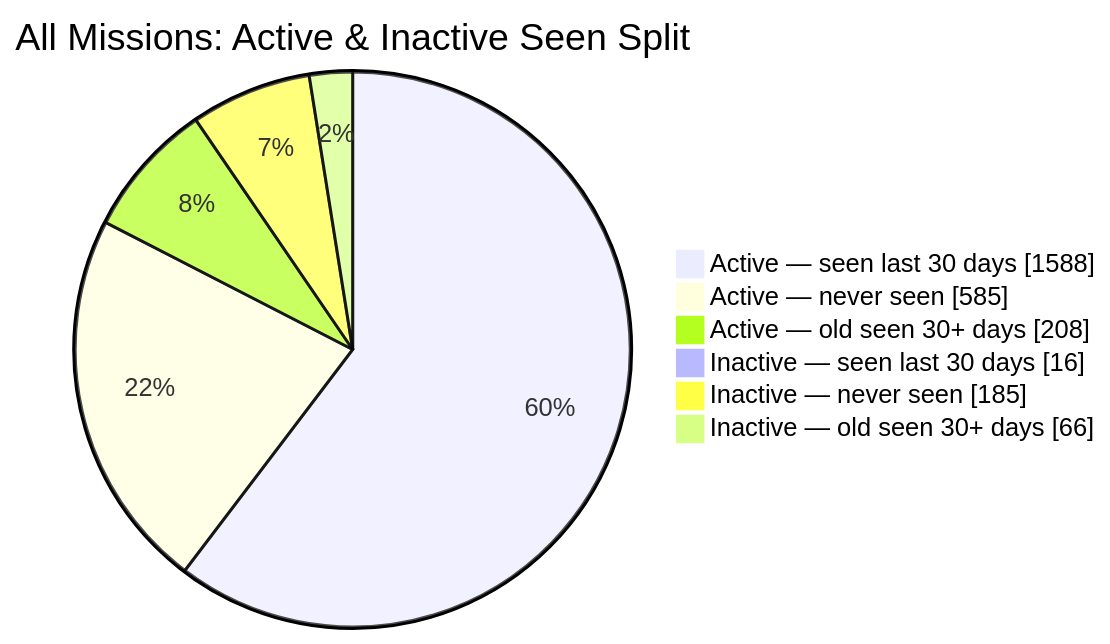
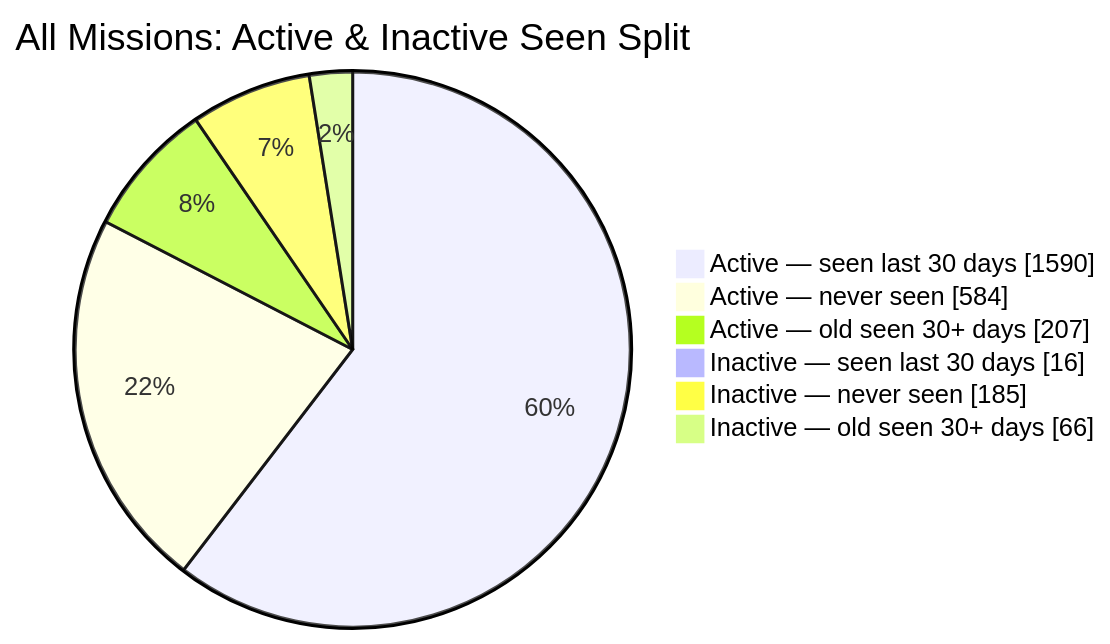
Before and after one commit to MeldkamerspelGameTeam/active-missions: the second of 2 diagrams in README.md, drawn with Mermaid. The commit also changed other lines of this file and 3 other files, not shown here.

````diff
--- a/README.md
+++ b/README.md
@@ -44,10 +44,10 @@
 ```mermaid
 pie showData
     title All Missions: Active & Inactive Seen Split
-    "Active — seen last 30 days" : 1588
-    "Active — never seen" : 585
-    "Active — old seen 30+ days" : 208
+    "Active — seen last 30 days" : 1590
+    "Active — never seen" : 584
+    "Active — old seen 30+ days" : 207
     "Inactive — seen last 30 days" : 16
     "Inactive — never seen" : 185
     "Inactive — old seen 30+ days" : 66
 ```
````
